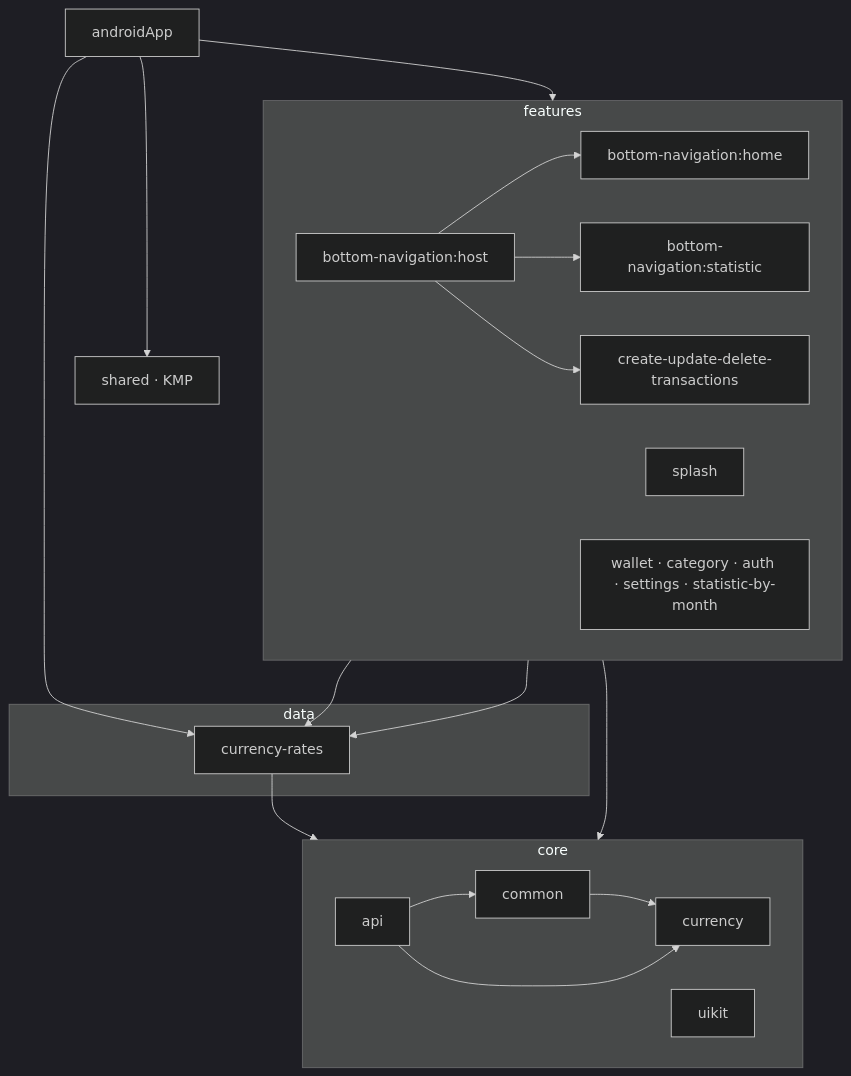
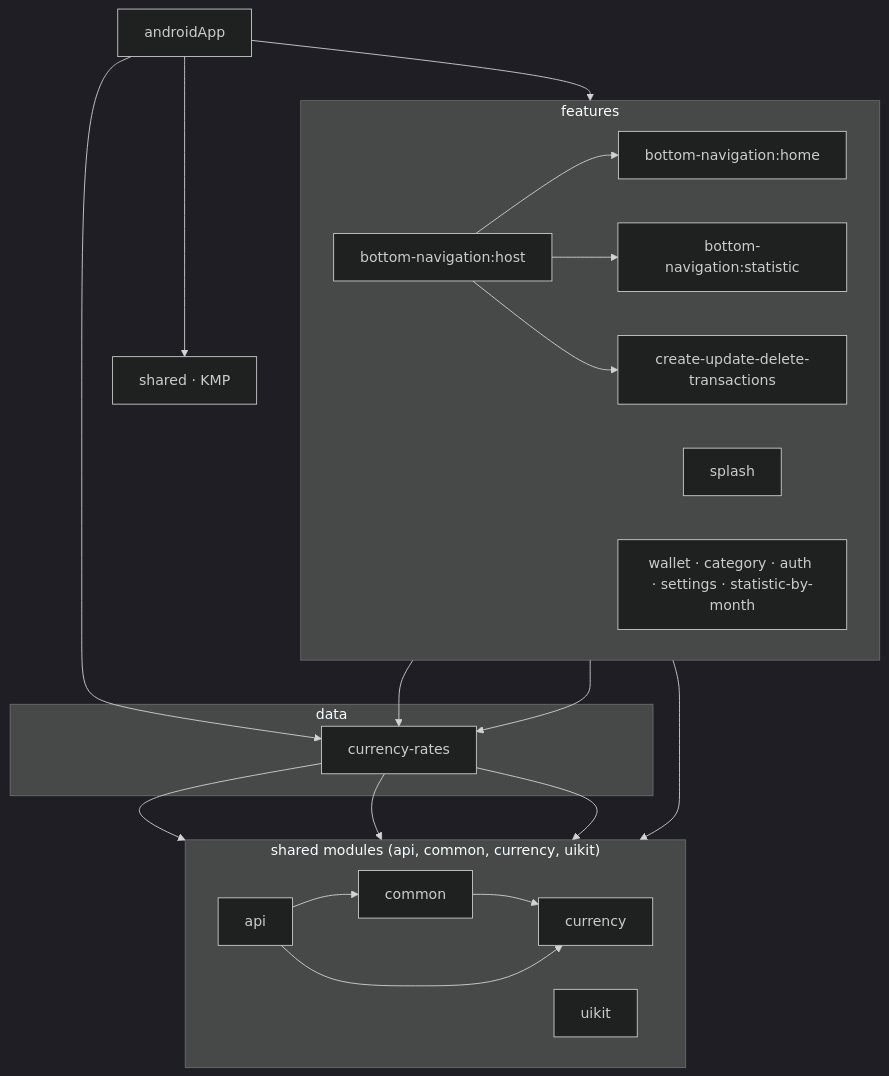
Before and after one commit to VolovatovTA/Budget: the diagram in README.md, drawn with Mermaid (dark theme). The commit also changed other lines of this file, not shown here.

Commit message:
README: currency-rates edges drawn explicitly, 'core' box explained as a grouping

````diff
--- a/README.md
+++ b/README.md
@@ -39,45 +39,47 @@
 ```mermaid
 flowchart TB
     app[androidApp]
 
     subgraph features
         direction LR
         host[bottom-navigation:host]
         home[bottom-navigation:home]
         statistic[bottom-navigation:statistic]
         transactions[create-update-delete-transactions]
         splash
         other[wallet · category · auth · settings · statistic-by-month]
     end
 
     subgraph data
         rates[currency-rates]
     end
 
-    subgraph core
+    subgraph core["shared modules (api, common, currency, uikit)"]
         direction LR
         api
         common
         currency
         uikit
     end
 
     shared[shared · KMP]
 
     app --> features
     app --> rates
     app --> shared
 
     host --> home
     host --> statistic
     host --> transactions
     home --> rates
     transactions --> rates
 
     features --> core
-    rates --> core
+    rates --> api
+    rates --> common
+    rates --> currency
 
     api --> common
     common --> currency
     api --> currency
 ```
````
